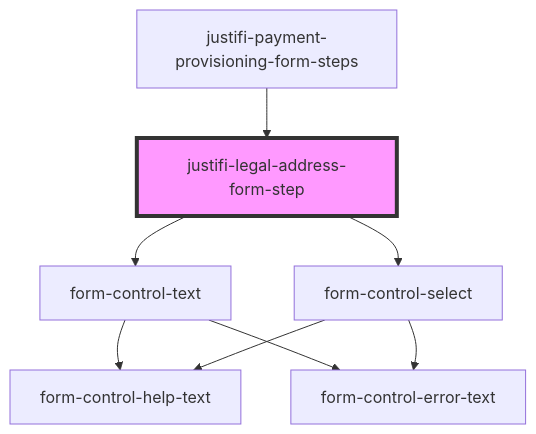
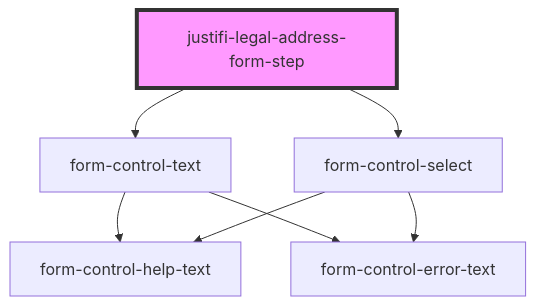
The diagram in packages/webcomponents/src/components/business-forms/payment-provisioning/legal-address-form/readme.md (justifi-tech/web-component-library), drawn with Mermaid before and after one commit. The commit also changed other lines of this file and 4 other files, not shown here.

````diff
--- a/packages/webcomponents/src/components/business-forms/payment-provisioning/legal-address-form/readme.md
+++ b/packages/webcomponents/src/components/business-forms/payment-provisioning/legal-address-form/readme.md
@@ -57,11 +53,10 @@
 ```mermaid
 graph TD;
   justifi-legal-address-form-step --> form-control-text
   justifi-legal-address-form-step --> form-control-select
   form-control-text --> form-control-help-text
   form-control-text --> form-control-error-text
   form-control-select --> form-control-help-text
   form-control-select --> form-control-error-text
-  justifi-payment-provisioning-form-steps --> justifi-legal-address-form-step
   style justifi-legal-address-form-step fill:#f9f,stroke:#333,stroke-width:4px
 ```
````
